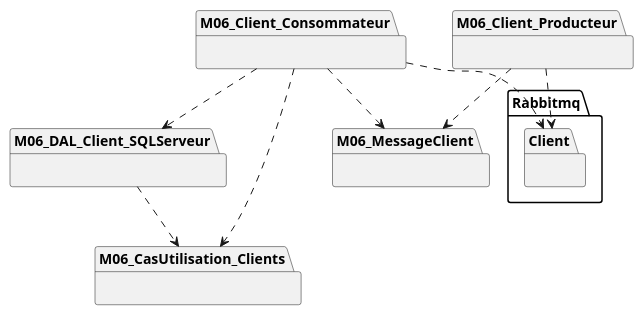
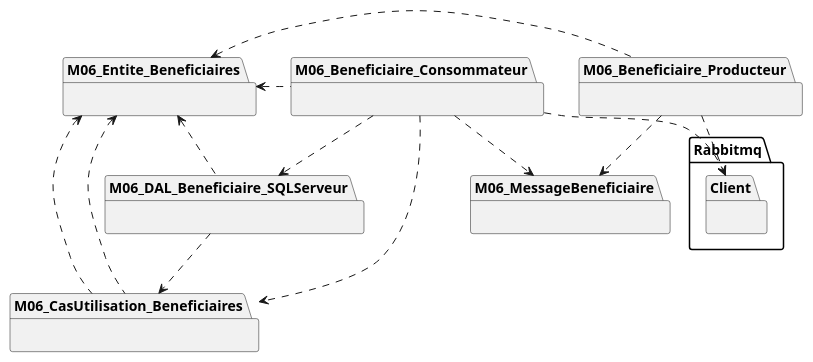
Before and after one commit to PiFou86/420-W47-SF: the diagram in Module06_FileMessages/diag/uml_exercice2_package.wsd, drawn with PlantUML. The commit also changed 7 other files, not shown here.

```diff
--- a/Module06_FileMessages/diag/uml_exercice2_package.wsd
+++ b/Module06_FileMessages/diag/uml_exercice2_package.wsd
@@ -1,38 +1,46 @@
-@startuml clients_packages
+@startuml Beneficiaires_packages
 
-package M06_CasUtilisation_Clients {
+package M06_CasUtilisation_Beneficiaires {
 
 }
 
-package M06_DAL_Client_SQLServeur {
+package M06_DAL_Beneficiaire_SQLServeur {
    
 }
 
-M06_DAL_Client_SQLServeur ..> M06_CasUtilisation_Clients
+M06_DAL_Beneficiaire_SQLServeur ..> M06_CasUtilisation_Beneficiaires
 
-package M06_MessageClient {
+package M06_MessageBeneficiaire {
    
 }
 
-package M06_Client_Producteur {
+package M06_Beneficiaire_Producteur {
 
 }
-M06_Client_Producteur ..> M06_MessageClient
+M06_Beneficiaire_Producteur ..> M06_MessageBeneficiaire
 
-package M06_Client_Consommateur {
+package M06_Beneficiaire_Consommateur {
 
 
 }
-M06_Client_Consommateur ..> M06_MessageClient
-M06_Client_Consommateur ..> M06_CasUtilisation_Clients
-M06_Client_Consommateur ..> M06_DAL_Client_SQLServeur
+M06_Beneficiaire_Consommateur ..> M06_MessageBeneficiaire
+M06_Beneficiaire_Consommateur ..> M06_CasUtilisation_Beneficiaires
+M06_Beneficiaire_Consommateur ..> M06_DAL_Beneficiaire_SQLServeur
+
+package M06_Entite_Beneficiaires{}
+
+M06_Beneficiaire_Consommateur .left.> M06_Entite_Beneficiaires
+M06_CasUtilisation_Beneficiaires .left.> M06_Entite_Beneficiaires
+M06_Beneficiaire_Producteur .left.> M06_Entite_Beneficiaires
+M06_CasUtilisation_Beneficiaires .left.> M06_Entite_Beneficiaires
+M06_DAL_Beneficiaire_SQLServeur .left.> M06_Entite_Beneficiaires
 
 package Rabbitmq.Client {
 
 }
 
 
-M06_Client_Producteur ..> Rabbitmq.Client
-M06_Client_Consommateur ..> Rabbitmq.Client
+M06_Beneficiaire_Producteur ..> Rabbitmq.Client
+M06_Beneficiaire_Consommateur ..> Rabbitmq.Client
 
 @enduml
```
